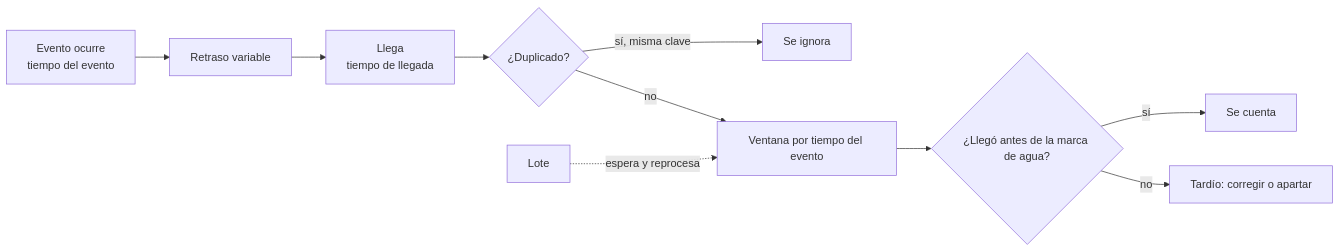
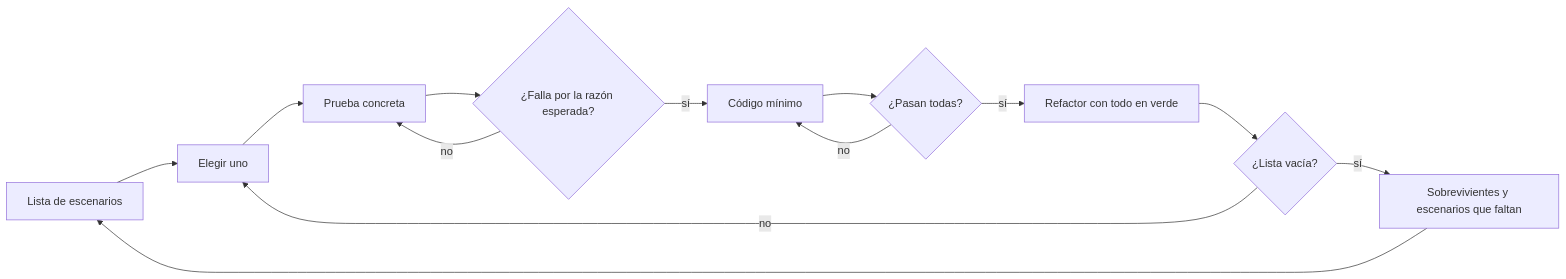
Before and after one commit to vladimiracunadev-create/modern-software-engineering-program: the diagram in content/part-45/SE-542.md, drawn with Mermaid. The commit also changed other lines of this file and 5193 other files, not shown here.

````diff
--- a/content/part-45/SE-542.md
+++ b/content/part-45/SE-542.md
@@ -56,12 +57,15 @@
 ```mermaid
 flowchart LR
-    A[Evento ocurre\ntiempo del evento] --> B[Retraso variable]
-    B --> C[Llega\ntiempo de llegada]
-    C --> D{¿Duplicado?}
-    D -->|sí, misma clave| E[Se ignora]
-    D -->|no| F[Ventana por tiempo del evento]
-    F --> G{¿Llegó antes de la marca de agua?}
-    G -->|sí| H[Se cuenta]
-    G -->|no| I[Tardío: corregir o apartar]
-    J[Lote] -.espera y reprocesa.-> F
+    A[Lista de escenarios] --> B[Elegir uno]
+    B --> C[Prueba concreta]
+    C --> D{¿Falla por la razón esperada?}
+    D -->|no| C
+    D -->|sí| E[Código mínimo]
+    E --> F{¿Pasan todas?}
+    F -->|no| E
+    F -->|sí| G[Refactor con todo en verde]
+    G --> H{¿Lista vacía?}
+    H -->|no| B
+    H -->|sí| I[Sobrevivientes y escenarios que faltan]
+    I --> A
 ```
````
